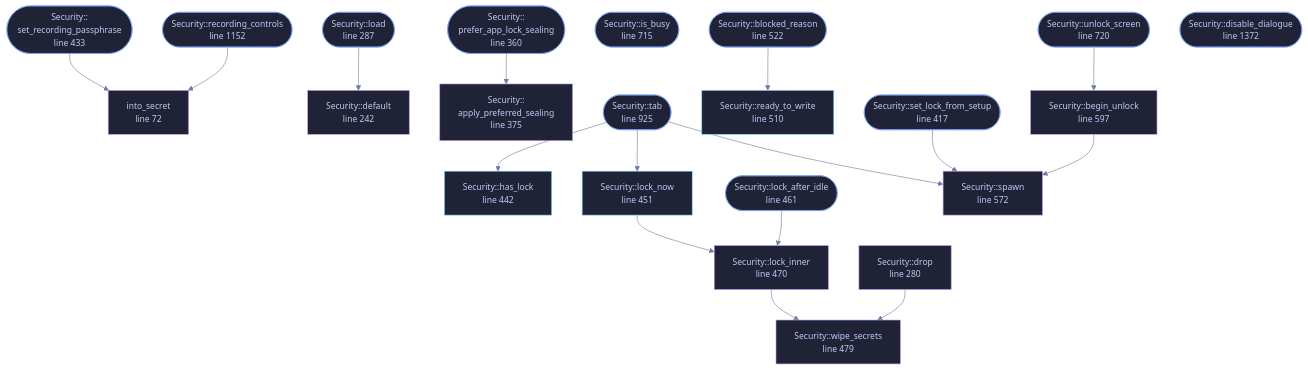
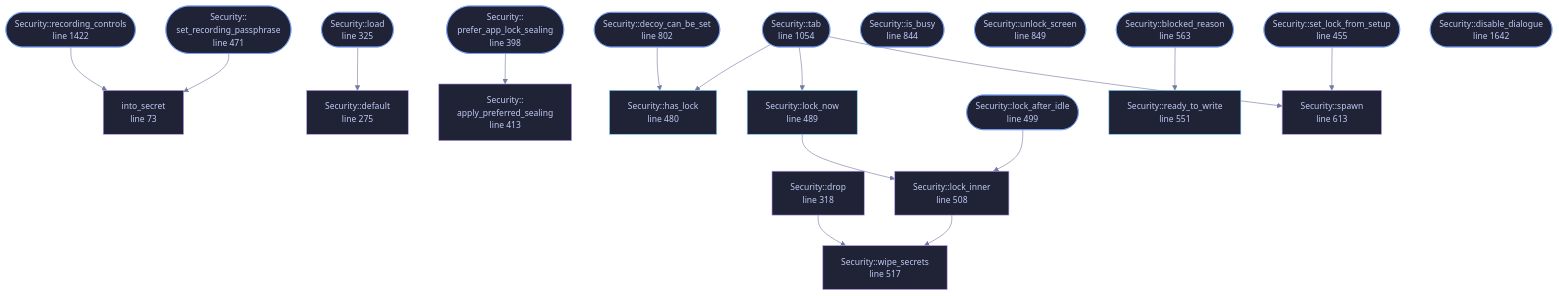
One commit to tilas01/veilvoice changed the diagram in docs/files/veilvoice-gui/security.md. Above: the diagram before and after it, drawn with Mermaid. The commit also changed other lines of this file and 48 other files, not shown here.

````diff
--- a/docs/files/veilvoice-gui/security.md
+++ b/docs/files/veilvoice-gui/security.md
@@ -150,69 +153,68 @@
 ```mermaid
 %%{init: {"theme":"base","themeVariables":{"background":"#1a1b26","primaryColor":"#1f2335","primaryTextColor":"#c0caf5","primaryBorderColor":"#7aa2f7","secondaryColor":"#16161e","tertiaryColor":"#16161e","lineColor":"#737aa2","textColor":"#c0caf5","mainBkg":"#1f2335","nodeBorder":"#7aa2f7","clusterBkg":"#16161e","clusterBorder":"#2f3549","fontFamily":"ui-monospace, SFMono-Regular, Consolas, monospace","fontSize":"14px"}}}%%
 flowchart TD
-    n_into_secret["into_secret<br/>line 72"]
-    n_default["Security::default<br/>line 242"]
-    n_drop["Security::drop<br/>line 280"]
-    n_load(["Security::load<br/>line 287"])
-    n_prefer_app_lock_sealing(["Security::<br/>prefer_app_lock_sealing<br/>line 360"])
-    n_apply_preferred_sealing["Security::<br/>apply_preferred_sealing<br/>line 375"]
-    n_set_lock_from_setup(["Security::set_lock_from_setup<br/>line 417"])
-    n_set_recording_passphrase(["Security::<br/>set_recording_passphrase<br/>line 433"])
-    n_has_lock["Security::has_lock<br/>line 442"]
-    n_lock_now["Security::lock_now<br/>line 451"]
-    n_lock_after_idle(["Security::lock_after_idle<br/>line 461"])
-    n_lock_inner["Security::lock_inner<br/>line 470"]
-    n_wipe_secrets["Security::wipe_secrets<br/>line 479"]
-    n_ready_to_write["Security::ready_to_write<br/>line 510"]
-    n_blocked_reason(["Security::blocked_reason<br/>line 522"])
-    n_spawn["Security::spawn<br/>line 572"]
-    n_begin_unlock["Security::begin_unlock<br/>line 597"]
-    n_is_busy(["Security::is_busy<br/>line 715"])
-    n_unlock_screen(["Security::unlock_screen<br/>line 720"])
-    n_tab(["Security::tab<br/>line 925"])
-    n_recording_controls(["Security::recording_controls<br/>line 1152"])
-    n_disable_dialogue(["Security::disable_dialogue<br/>line 1372"])
-    n_begin_unlock --> n_spawn
+    n_into_secret["into_secret<br/>line 73"]
+    n_default["Security::default<br/>line 275"]
+    n_drop["Security::drop<br/>line 318"]
+    n_load(["Security::load<br/>line 325"])
+    n_prefer_app_lock_sealing(["Security::<br/>prefer_app_lock_sealing<br/>line 398"])
+    n_apply_preferred_sealing["Security::<br/>apply_preferred_sealing<br/>line 413"]
+    n_set_lock_from_setup(["Security::set_lock_from_setup<br/>line 455"])
+    n_set_recording_passphrase(["Security::<br/>set_recording_passphrase<br/>line 471"])
+    n_has_lock["Security::has_lock<br/>line 480"]
+    n_lock_now["Security::lock_now<br/>line 489"]
+    n_lock_after_idle(["Security::lock_after_idle<br/>line 499"])
+    n_lock_inner["Security::lock_inner<br/>line 508"]
+    n_wipe_secrets["Security::wipe_secrets<br/>line 517"]
+    n_ready_to_write["Security::ready_to_write<br/>line 551"]
+    n_blocked_reason(["Security::blocked_reason<br/>line 563"])
+    n_spawn["Security::spawn<br/>line 613"]
+    n_decoy_can_be_set(["Security::decoy_can_be_set<br/>line 802"])
+    n_is_busy(["Security::is_busy<br/>line 844"])
+    n_unlock_screen(["Security::unlock_screen<br/>line 849"])
+    n_tab(["Security::tab<br/>line 1054"])
+    n_recording_controls(["Security::recording_controls<br/>line 1422"])
+    n_disable_dialogue(["Security::disable_dialogue<br/>line 1642"])
     n_blocked_reason --> n_ready_to_write
+    n_decoy_can_be_set --> n_has_lock
     n_drop --> n_wipe_secrets
     n_load --> n_default
     n_lock_after_idle --> n_lock_inner
     n_lock_inner --> n_wipe_secrets
     n_lock_now --> n_lock_inner
     n_prefer_app_lock_sealing --> n_apply_preferred_sealing
     n_recording_controls --> n_into_secret
     n_set_lock_from_setup --> n_spawn
     n_set_recording_passphrase --> n_into_secret
     n_tab --> n_has_lock
     n_tab --> n_lock_now
     n_tab --> n_spawn
-    n_unlock_screen --> n_begin_unlock
-    click n_into_secret href "https://github.com/tilas01/veilvoice/blob/main/crates/veilvoice-gui/src/security.rs#L72" "open the source"
-    click n_default href "https://github.com/tilas01/veilvoice/blob/main/crates/veilvoice-gui/src/security.rs#L242" "open the source"
-    click n_drop href "https://github.com/tilas01/veilvoice/blob/main/crates/veilvoice-gui/src/security.rs#L280" "open the source"
-    click n_load href "https://github.com/tilas01/veilvoice/blob/main/crates/veilvoice-gui/src/security.rs#L287" "open the source"
-    click n_prefer_app_lock_sealing href "https://github.com/tilas01/veilvoice/blob/main/crates/veilvoice-gui/src/security.rs#L360" "open the source"
-    click n_apply_preferred_sealing href "https://github.com/tilas01/veilvoice/blob/main/crates/veilvoice-gui/src/security.rs#L375" "open the source"
-    click n_set_lock_from_setup href "https://github.com/tilas01/veilvoice/blob/main/crates/veilvoice-gui/src/security.rs#L417" "open the source"
-    click n_set_recording_passphrase href "https://github.com/tilas01/veilvoice/blob/main/crates/veilvoice-gui/src/security.rs#L433" "open the source"
-    click n_has_lock href "https://github.com/tilas01/veilvoice/blob/main/crates/veilvoice-gui/src/security.rs#L442" "open the source"
-    click n_lock_now href "https://github.com/tilas01/veilvoice/blob/main/crates/veilvoice-gui/src/security.rs#L451" "open the source"
-    click n_lock_after_idle href "https://github.com/tilas01/veilvoice/blob/main/crates/veilvoice-gui/src/security.rs#L461" "open the source"
-    click n_lock_inner href "https://github.com/tilas01/veilvoice/blob/main/crates/veilvoice-gui/src/security.rs#L470" "open the source"
-    click n_wipe_secrets href "https://github.com/tilas01/veilvoice/blob/main/crates/veilvoice-gui/src/security.rs#L479" "open the source"
-    click n_ready_to_write href "https://github.com/tilas01/veilvoice/blob/main/crates/veilvoice-gui/src/security.rs#L510" "open the source"
-    click n_blocked_reason href "https://github.com/tilas01/veilvoice/blob/main/crates/veilvoice-gui/src/security.rs#L522" "open the source"
-    click n_spawn href "https://github.com/tilas01/veilvoice/blob/main/crates/veilvoice-gui/src/security.rs#L572" "open the source"
-    click n_begin_unlock href "https://github.com/tilas01/veilvoice/blob/main/crates/veilvoice-gui/src/security.rs#L597" "open the source"
-    click n_is_busy href "https://github.com/tilas01/veilvoice/blob/main/crates/veilvoice-gui/src/security.rs#L715" "open the source"
-    click n_unlock_screen href "https://github.com/tilas01/veilvoice/blob/main/crates/veilvoice-gui/src/security.rs#L720" "open the source"
-    click n_tab href "https://github.com/tilas01/veilvoice/blob/main/crates/veilvoice-gui/src/security.rs#L925" "open the source"
-    click n_recording_controls href "https://github.com/tilas01/veilvoice/blob/main/crates/veilvoice-gui/src/security.rs#L1152" "open the source"
-    click n_disable_dialogue href "https://github.com/tilas01/veilvoice/blob/main/crates/veilvoice-gui/src/security.rs#L1372" "open the source"
+    click n_into_secret href "https://github.com/tilas01/veilvoice/blob/main/crates/veilvoice-gui/src/security.rs#L73" "open the source"
+    click n_default href "https://github.com/tilas01/veilvoice/blob/main/crates/veilvoice-gui/src/security.rs#L275" "open the source"
+    click n_drop href "https://github.com/tilas01/veilvoice/blob/main/crates/veilvoice-gui/src/security.rs#L318" "open the source"
+    click n_load href "https://github.com/tilas01/veilvoice/blob/main/crates/veilvoice-gui/src/security.rs#L325" "open the source"
+    click n_prefer_app_lock_sealing href "https://github.com/tilas01/veilvoice/blob/main/crates/veilvoice-gui/src/security.rs#L398" "open the source"
+    click n_apply_preferred_sealing href "https://github.com/tilas01/veilvoice/blob/main/crates/veilvoice-gui/src/security.rs#L413" "open the source"
+    click n_set_lock_from_setup href "https://github.com/tilas01/veilvoice/blob/main/crates/veilvoice-gui/src/security.rs#L455" "open the source"
+    click n_set_recording_passphrase href "https://github.com/tilas01/veilvoice/blob/main/crates/veilvoice-gui/src/security.rs#L471" "open the source"
+    click n_has_lock href "https://github.com/tilas01/veilvoice/blob/main/crates/veilvoice-gui/src/security.rs#L480" "open the source"
+    click n_lock_now href "https://github.com/tilas01/veilvoice/blob/main/crates/veilvoice-gui/src/security.rs#L489" "open the source"
+    click n_lock_after_idle href "https://github.com/tilas01/veilvoice/blob/main/crates/veilvoice-gui/src/security.rs#L499" "open the source"
+    click n_lock_inner href "https://github.com/tilas01/veilvoice/blob/main/crates/veilvoice-gui/src/security.rs#L508" "open the source"
+    click n_wipe_secrets href "https://github.com/tilas01/veilvoice/blob/main/crates/veilvoice-gui/src/security.rs#L517" "open the source"
+    click n_ready_to_write href "https://github.com/tilas01/veilvoice/blob/main/crates/veilvoice-gui/src/security.rs#L551" "open the source"
+    click n_blocked_reason href "https://github.com/tilas01/veilvoice/blob/main/crates/veilvoice-gui/src/security.rs#L563" "open the source"
+    click n_spawn href "https://github.com/tilas01/veilvoice/blob/main/crates/veilvoice-gui/src/security.rs#L613" "open the source"
+    click n_decoy_can_be_set href "https://github.com/tilas01/veilvoice/blob/main/crates/veilvoice-gui/src/security.rs#L802" "open the source"
+    click n_is_busy href "https://github.com/tilas01/veilvoice/blob/main/crates/veilvoice-gui/src/security.rs#L844" "open the source"
+    click n_unlock_screen href "https://github.com/tilas01/veilvoice/blob/main/crates/veilvoice-gui/src/security.rs#L849" "open the source"
+    click n_tab href "https://github.com/tilas01/veilvoice/blob/main/crates/veilvoice-gui/src/security.rs#L1054" "open the source"
+    click n_recording_controls href "https://github.com/tilas01/veilvoice/blob/main/crates/veilvoice-gui/src/security.rs#L1422" "open the source"
+    click n_disable_dialogue href "https://github.com/tilas01/veilvoice/blob/main/crates/veilvoice-gui/src/security.rs#L1642" "open the source"
     classDef entry fill:#1f2335,stroke:#7aa2f7,color:#c0caf5
-    class n_load,n_prefer_app_lock_sealing,n_set_lock_from_setup,n_set_recording_passphrase,n_lock_after_idle,n_blocked_reason,n_is_busy,n_unlock_screen,n_tab,n_recording_controls,n_disable_dialogue entry
+    class n_load,n_prefer_app_lock_sealing,n_set_lock_from_setup,n_set_recording_passphrase,n_lock_after_idle,n_blocked_reason,n_decoy_can_be_set,n_is_busy,n_unlock_screen,n_tab,n_recording_controls,n_disable_dialogue entry
     classDef api fill:#1f2335,stroke:#7dcfff,color:#c0caf5
     class n_has_lock,n_lock_now,n_ready_to_write api
     classDef helper fill:#1f2335,stroke:#bb9af7,color:#c0caf5
-    class n_into_secret,n_default,n_drop,n_apply_preferred_sealing,n_lock_inner,n_wipe_secrets,n_spawn,n_begin_unlock helper
+    class n_into_secret,n_default,n_drop,n_apply_preferred_sealing,n_lock_inner,n_wipe_secrets,n_spawn helper
 ```
````
